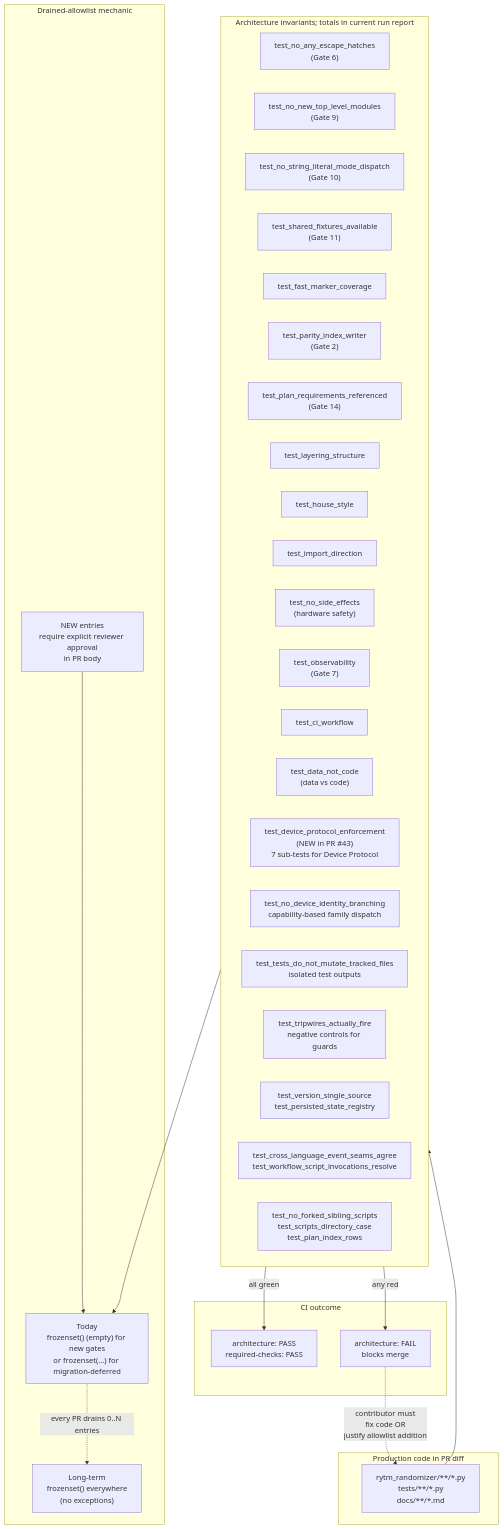
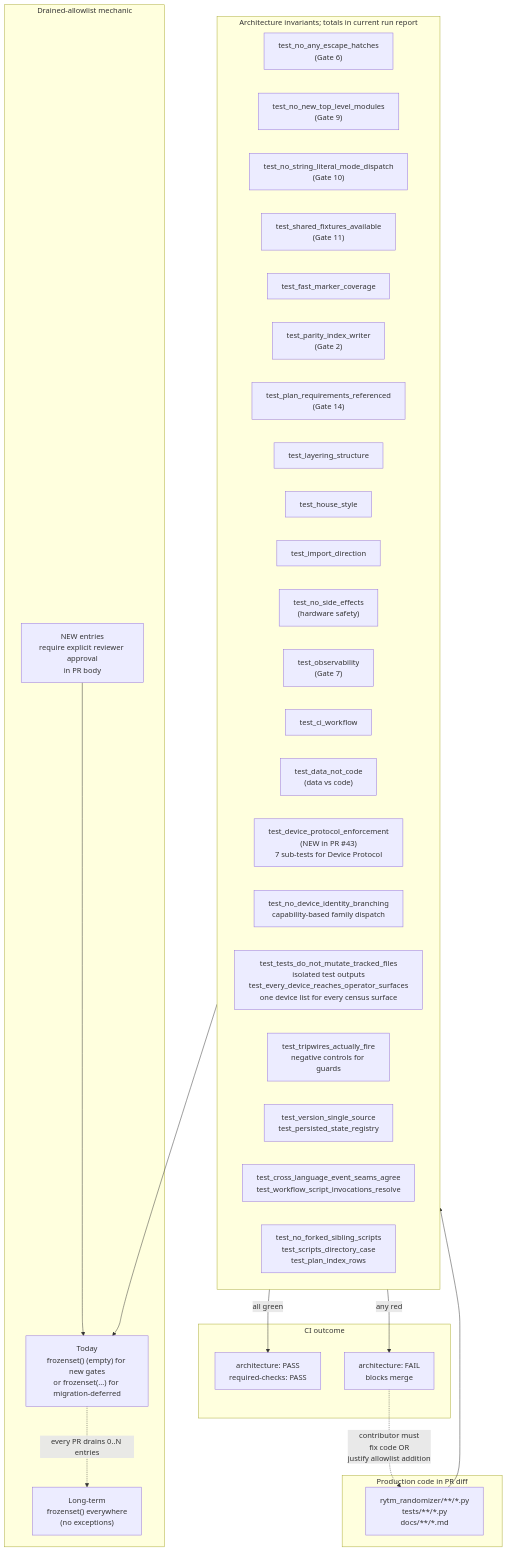
The tenth of 37 diagrams in docs/ARCHITECTURE_DIAGRAMS.md (buzzijose-hub/RytmRandomizer), drawn with Mermaid before and after one commit. The commit also changed other lines of this file and 20 other files, not shown here.

````diff
--- a/docs/ARCHITECTURE_DIAGRAMS.md
+++ b/docs/ARCHITECTURE_DIAGRAMS.md
@@ -965,50 +975,50 @@
 ```mermaid
 flowchart TB
     subgraph Production["Production code in PR diff"]
         SourceFiles["rytm_randomizer/**/*.py<br/>tests/**/*.py<br/>docs/**/*.md"]
     end
 
     subgraph Gates["Architecture invariants; totals in current run report"]
         Gate1["test_no_any_escape_hatches<br/>(Gate 6)"]
         Gate2["test_no_new_top_level_modules<br/>(Gate 9)"]
         Gate3["test_no_string_literal_mode_dispatch<br/>(Gate 10)"]
         Gate4["test_shared_fixtures_available<br/>(Gate 11)"]
         Gate5["test_fast_marker_coverage"]
         Gate6["test_parity_index_writer<br/>(Gate 2)"]
         Gate7["test_plan_requirements_referenced<br/>(Gate 14)"]
         Gate8["test_layering_structure"]
         Gate9["test_house_style"]
         Gate10["test_import_direction"]
         Gate11["test_no_side_effects<br/>(hardware safety)"]
         Gate12["test_observability<br/>(Gate 7)"]
         Gate13["test_ci_workflow"]
         Gate14["test_data_not_code<br/>(data vs code)"]
         Gate15["test_device_protocol_enforcement<br/>(NEW in PR #43)<br/>7 sub-tests for Device Protocol"]
         Gate16["test_no_device_identity_branching<br/>capability-based family dispatch"]
-        Gate17["test_tests_do_not_mutate_tracked_files<br/>isolated test outputs"]
+        Gate17["test_tests_do_not_mutate_tracked_files<br/>isolated test outputs<br/>test_every_device_reaches_operator_surfaces<br/>one device list for every census surface"]
         Gate18["test_tripwires_actually_fire<br/>negative controls for guards"]
         Gate19["test_version_single_source<br/>test_persisted_state_registry"]
         Gate20["test_cross_language_event_seams_agree<br/>test_workflow_script_invocations_resolve"]
         Gate21["test_no_forked_sibling_scripts<br/>test_scripts_directory_case<br/>test_plan_index_rows"]
     end
 
     subgraph Allowlists["Drained-allowlist mechanic"]
         AL_today["Today<br/>frozenset() (empty) for new gates<br/>or frozenset(...) for migration-deferred"]
         AL_future["Long-term<br/>frozenset() everywhere<br/>(no exceptions)"]
         AL_new["NEW entries<br/>require explicit reviewer approval<br/>in PR body"]
     end
 
     subgraph Outcome["CI outcome"]
         Pass["architecture: PASS<br/>required-checks: PASS"]
         Fail["architecture: FAIL<br/>blocks merge"]
     end
 
     SourceFiles --> Gates
     Gates --> AL_today
     AL_today -.->|"every PR drains 0..N entries"| AL_future
     AL_new --> AL_today
 
     Gates -->|"all green"| Pass
     Gates -->|"any red"| Fail
     Fail -.->|"contributor must<br/>fix code OR<br/>justify allowlist addition"| SourceFiles
 ```
````
